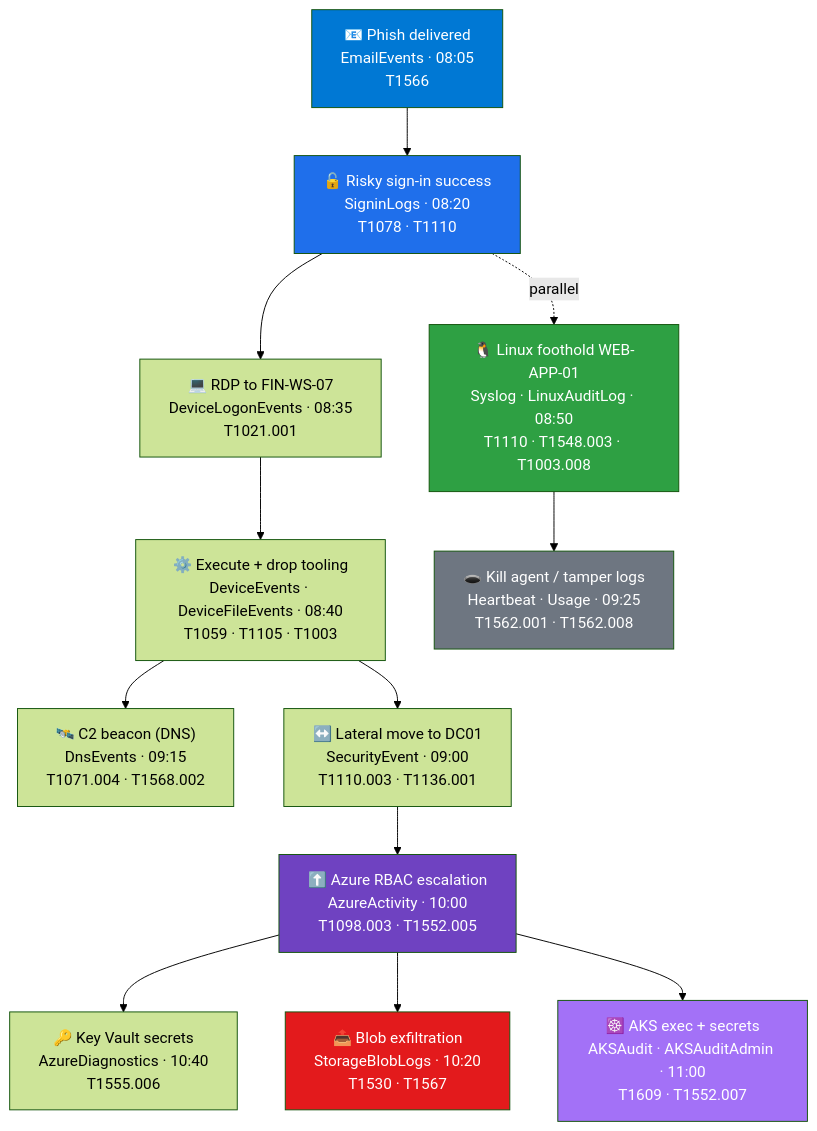
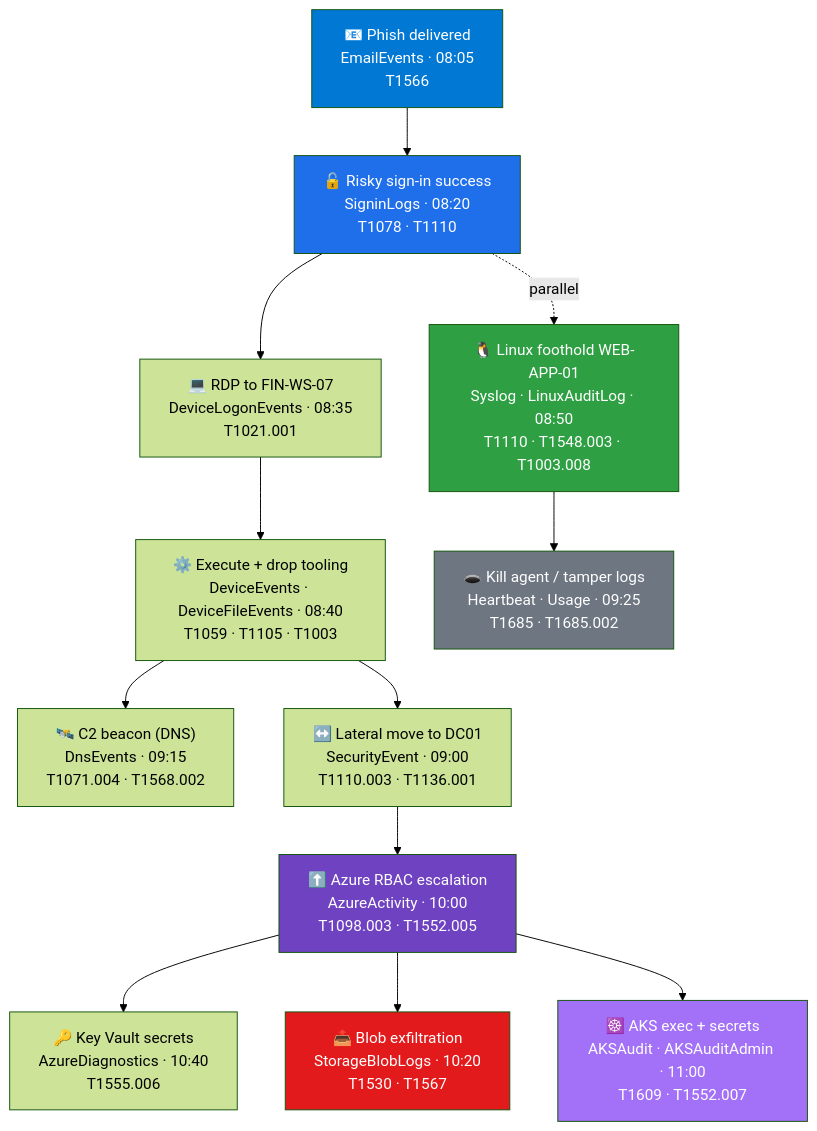
Before and after one commit to iamkaushiksaha/azure-security: the diagram in sentinel/tables/scenarios/operation-quiet-ledger/README.md, drawn with Mermaid (forest theme). The commit also changed other lines of this file and 9 other files, not shown here.

````diff
--- a/sentinel/tables/scenarios/operation-quiet-ledger/README.md
+++ b/sentinel/tables/scenarios/operation-quiet-ledger/README.md
@@ -16,22 +16,22 @@
 ```mermaid
 flowchart TD
     P["📧 Phish delivered<br/>EmailEvents · 08:05<br/>T1566"] --> S["🔓 Risky sign-in success<br/>SigninLogs · 08:20<br/>T1078 · T1110"]
     S --> L["💻 RDP to FIN-WS-07<br/>DeviceLogonEvents · 08:35<br/>T1021.001"]
     L --> X["⚙️ Execute + drop tooling<br/>DeviceEvents · DeviceFileEvents · 08:40<br/>T1059 · T1105 · T1003"]
     X --> C["🛰️ C2 beacon (DNS)<br/>DnsEvents · 09:15<br/>T1071.004 · T1568.002"]
     X --> M["↔️ Lateral move to DC01<br/>SecurityEvent · 09:00<br/>T1110.003 · T1136.001"]
     M --> PE["⬆️ Azure RBAC escalation<br/>AzureActivity · 10:00<br/>T1098.003 · T1552.005"]
     PE --> KV["🔑 Key Vault secrets<br/>AzureDiagnostics · 10:40<br/>T1555.006"]
     PE --> EX["📤 Blob exfiltration<br/>StorageBlobLogs · 10:20<br/>T1530 · T1567"]
     PE --> K8["☸️ AKS exec + secrets<br/>AKSAudit · AKSAuditAdmin · 11:00<br/>T1609 · T1552.007"]
     S -.parallel.-> LIN["🐧 Linux foothold WEB-APP-01<br/>Syslog · LinuxAuditLog · 08:50<br/>T1110 · T1548.003 · T1003.008"]
-    LIN --> EVA["🕳️ Kill agent / tamper logs<br/>Heartbeat · Usage · 09:25<br/>T1562.001 · T1562.008"]
+    LIN --> EVA["🕳️ Kill agent / tamper logs<br/>Heartbeat · Usage · 09:25<br/>T1685 · T1685.002"]
 
     style P fill:#0078D4,color:#fff
     style S fill:#1f6feb,color:#fff
     style PE fill:#6f42c1,color:#fff
     style EX fill:#e31a1c,color:#fff
     style K8 fill:#a371f7,color:#fff
     style EVA fill:#6e7681,color:#fff
     style LIN fill:#2ea043,color:#fff
 ```
````
